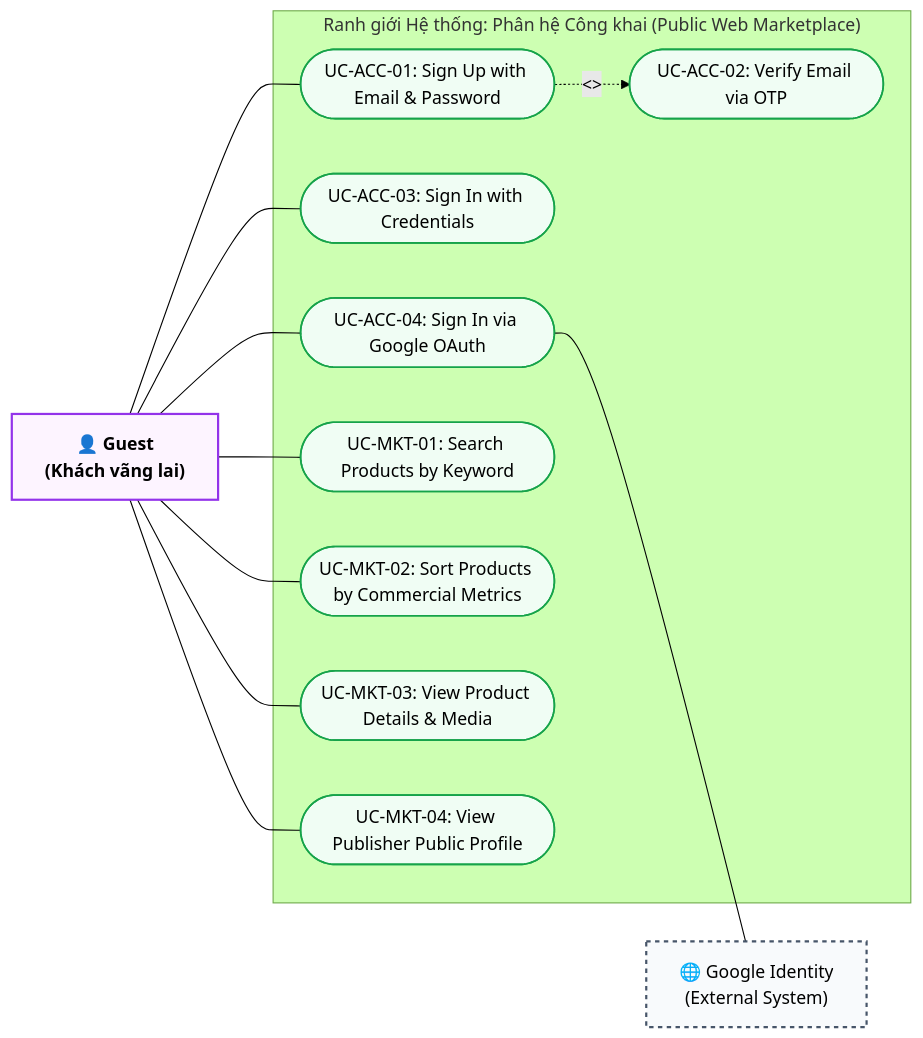
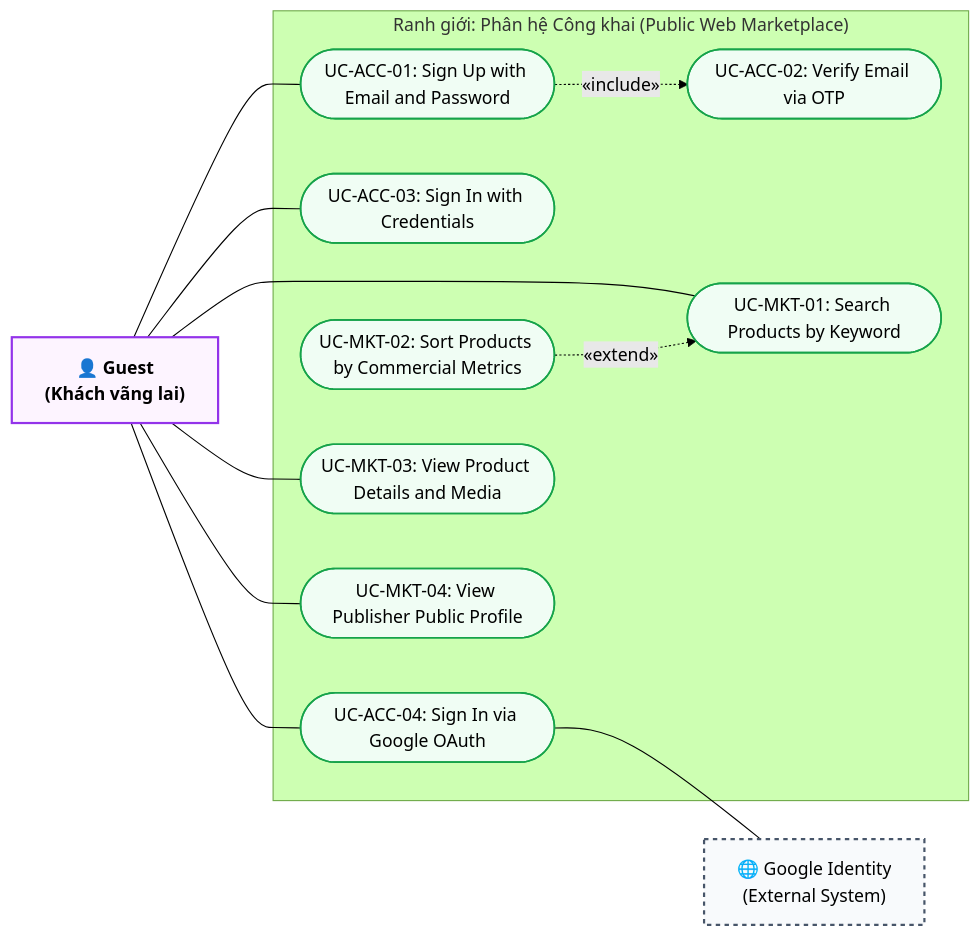
Before and after one commit to A2MaTex/a2matex-khuyentv-share: the second of 5 diagrams in A2MATEX_USE_CASE_ASSIGNMENT.md, drawn with Mermaid (forest theme). The commit also changed other lines of this file and 1 other file, not shown here.

````diff
--- a/A2MATEX_USE_CASE_ASSIGNMENT.md
+++ b/A2MATEX_USE_CASE_ASSIGNMENT.md
@@ -58,32 +134,33 @@
 ```mermaid
 flowchart LR
     classDef actor fill:#fdf4ff,stroke:#9333ea,stroke-width:2px,font-weight:bold;
     classDef usecase fill:#f0fdf4,stroke:#16a34a,stroke-width:1.5px;
     classDef external fill:#f8fafc,stroke:#475569,stroke-width:2px,stroke-dasharray: 4 4;
 
     Guest["👤 Guest<br>(Khách vãng lai)"]:::actor
     GoogleAuth["🌐 Google Identity<br>(External System)"]:::external
 
-    subgraph Boundary_Guest["Ranh giới Hệ thống: Phân hệ Công khai (Public Web Marketplace)"]
-        UC_ACC_01(["UC-ACC-01: Sign Up with Email & Password"]):::usecase
+    subgraph Boundary_Guest["Ranh giới: Phân hệ Công khai (Public Web Marketplace)"]
+        UC_ACC_01(["UC-ACC-01: Sign Up with Email and Password"]):::usecase
         UC_ACC_02(["UC-ACC-02: Verify Email via OTP"]):::usecase
         UC_ACC_03(["UC-ACC-03: Sign In with Credentials"]):::usecase
         UC_ACC_04(["UC-ACC-04: Sign In via Google OAuth"]):::usecase
 
         UC_MKT_01(["UC-MKT-01: Search Products by Keyword"]):::usecase
         UC_MKT_02(["UC-MKT-02: Sort Products by Commercial Metrics"]):::usecase
-        UC_MKT_03(["UC-MKT-03: View Product Details & Media"]):::usecase
+        UC_MKT_03(["UC-MKT-03: View Product Details and Media"]):::usecase
         UC_MKT_04(["UC-MKT-04: View Publisher Public Profile"]):::usecase
     end
 
     Guest --- UC_ACC_01
     Guest --- UC_ACC_03
     Guest --- UC_ACC_04
     Guest --- UC_MKT_01
-    Guest --- UC_MKT_02
     Guest --- UC_MKT_03
     Guest --- UC_MKT_04
 
-    UC_ACC_01 -.->|<<include>>| UC_ACC_02
+    %% Relationships
+    UC_ACC_01 -.->|«include»| UC_ACC_02
+    UC_MKT_02 -.->|«extend»| UC_MKT_01
     UC_ACC_04 --- GoogleAuth
 ```
````
